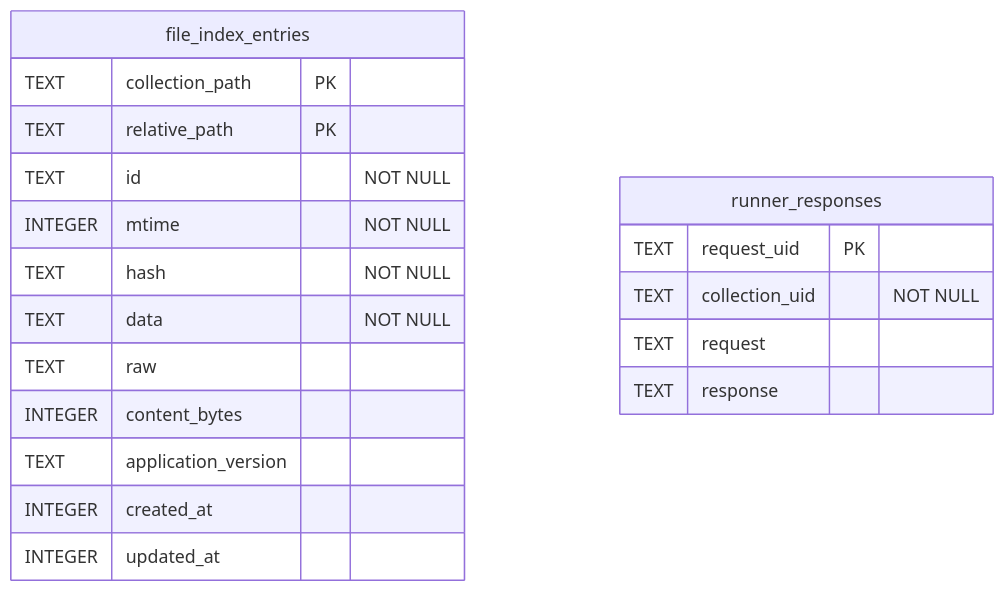
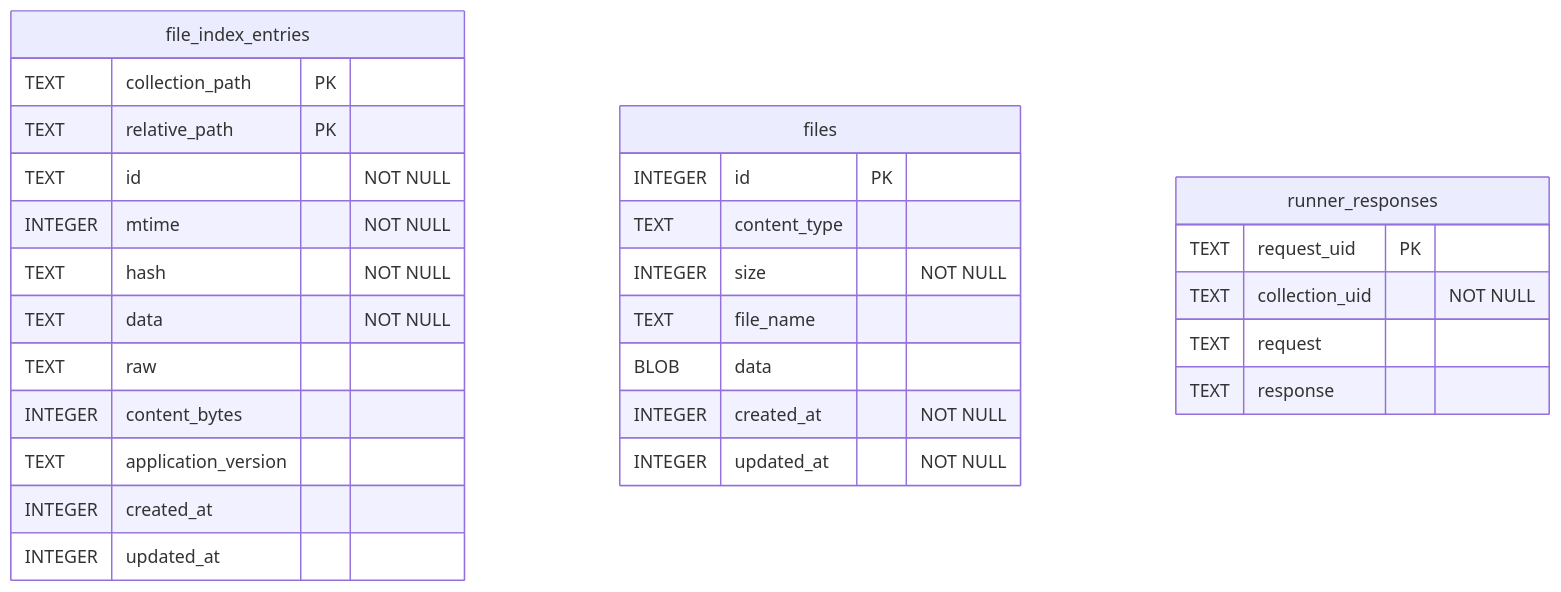
The diagram in packages/bruno-sqlite/SCHEMA.md (usebruno/bruno), drawn with Mermaid before and after one commit. The commit also changed other lines of this file and 12 other files, not shown here.

````diff
--- a/packages/bruno-sqlite/SCHEMA.md
+++ b/packages/bruno-sqlite/SCHEMA.md
@@ -7,22 +7,31 @@
 ```mermaid
 erDiagram
   file_index_entries {
     TEXT collection_path PK
     TEXT relative_path PK
     TEXT id "NOT NULL"
     INTEGER mtime "NOT NULL"
     TEXT hash "NOT NULL"
     TEXT data "NOT NULL"
     TEXT raw
     INTEGER content_bytes
     TEXT application_version
     INTEGER created_at
     INTEGER updated_at
   }
+  files {
+    INTEGER id PK
+    TEXT content_type
+    INTEGER size "NOT NULL"
+    TEXT file_name
+    BLOB data
+    INTEGER created_at "NOT NULL"
+    INTEGER updated_at "NOT NULL"
+  }
   runner_responses {
     TEXT request_uid PK
     TEXT collection_uid "NOT NULL"
     TEXT request
     TEXT response
   }
 ```
````
